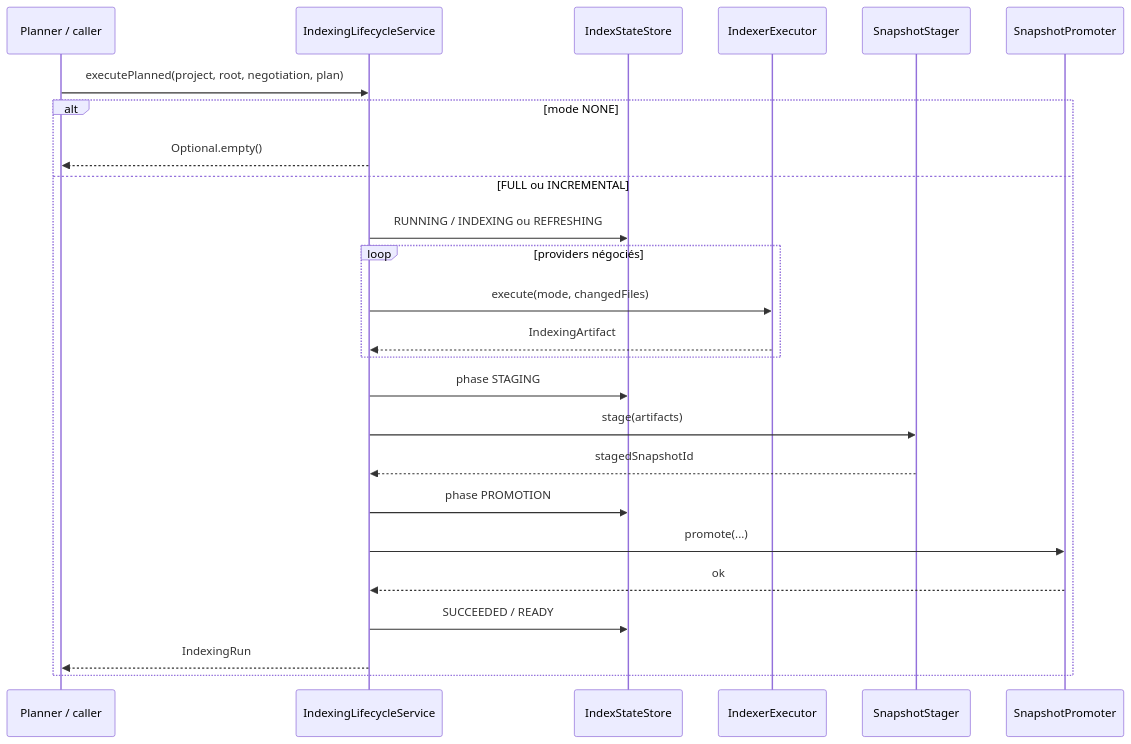
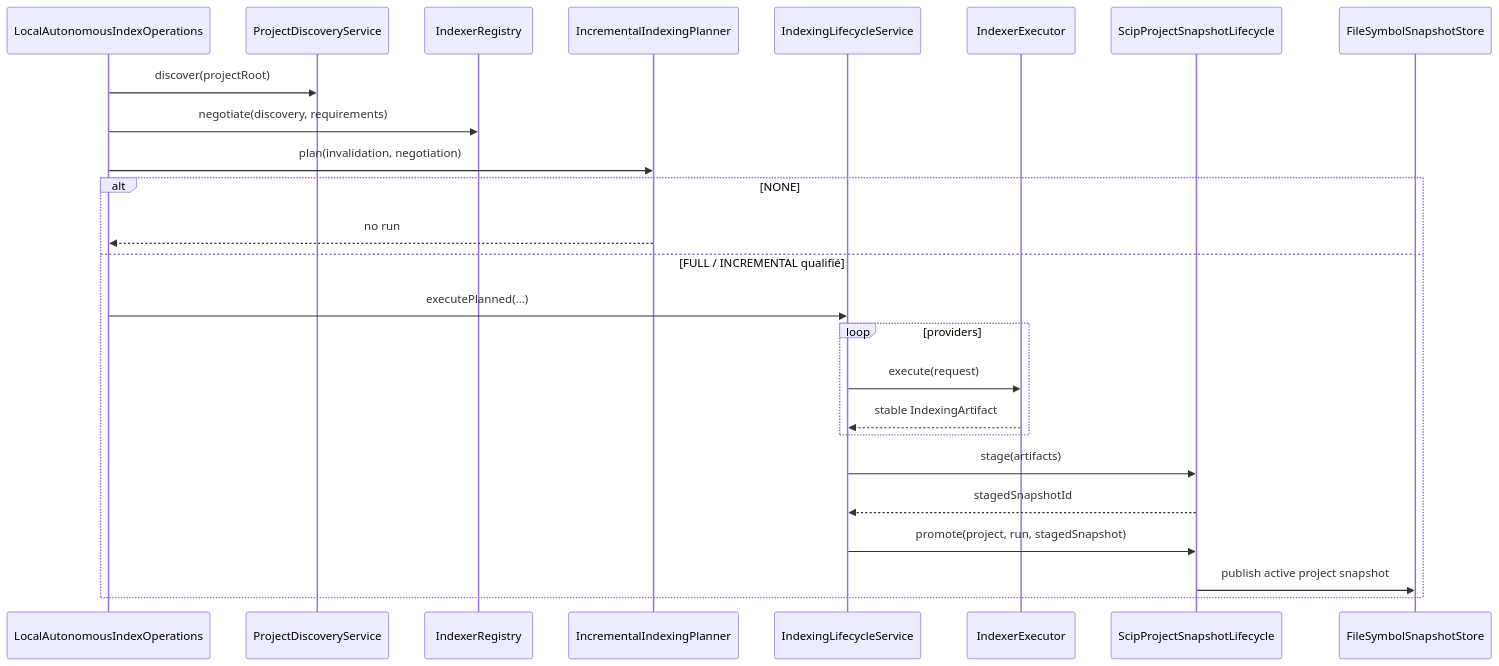
Before and after one commit to FTurleque/minos-code-intelligence: the first of 2 diagrams in docs/developer/indexing-and-storage.md, drawn with Mermaid. The commit also changed other lines of this file and 2 other files, not shown here.

````diff
--- a/docs/developer/indexing-and-storage.md
+++ b/docs/developer/indexing-and-storage.md
@@ -12,28 +7,28 @@
 ```mermaid
 sequenceDiagram
-    participant P as Planner / caller
+    participant C as LocalAutonomousIndexOperations
+    participant D as ProjectDiscoveryService
+    participant N as IndexerRegistry
+    participant P as IncrementalIndexingPlanner
     participant L as IndexingLifecycleService
-    participant S as IndexStateStore
     participant E as IndexerExecutor
-    participant ST as SnapshotStager
-    participant PR as SnapshotPromoter
+    participant ST as ScipProjectSnapshotLifecycle
+    participant S as FileSymbolSnapshotStore
 
-    P->>L: executePlanned(project, root, negotiation, plan)
-    alt mode NONE
-        L-->>P: Optional.empty()
-    else FULL ou INCREMENTAL
-        L->>S: RUNNING / INDEXING ou REFRESHING
-        loop providers négociés
-            L->>E: execute(mode, changedFiles)
-            E-->>L: IndexingArtifact
+    C->>D: discover(projectRoot)
+    C->>N: negotiate(discovery, requirements)
+    C->>P: plan(invalidation, negotiation)
+    alt NONE
+        P-->>C: no run
+    else FULL / INCREMENTAL qualifié
+        C->>L: executePlanned(...)
+        loop providers
+            L->>E: execute(request)
+            E-->>L: stable IndexingArtifact
         end
-        L->>S: phase STAGING
         L->>ST: stage(artifacts)
         ST-->>L: stagedSnapshotId
-        L->>S: phase PROMOTION
-        L->>PR: promote(...)
-        PR-->>L: ok
-        L->>S: SUCCEEDED / READY
-        L-->>P: IndexingRun
+        L->>ST: promote(project, run, stagedSnapshot)
+        ST->>S: publish active project snapshot
     end
 ```
````
